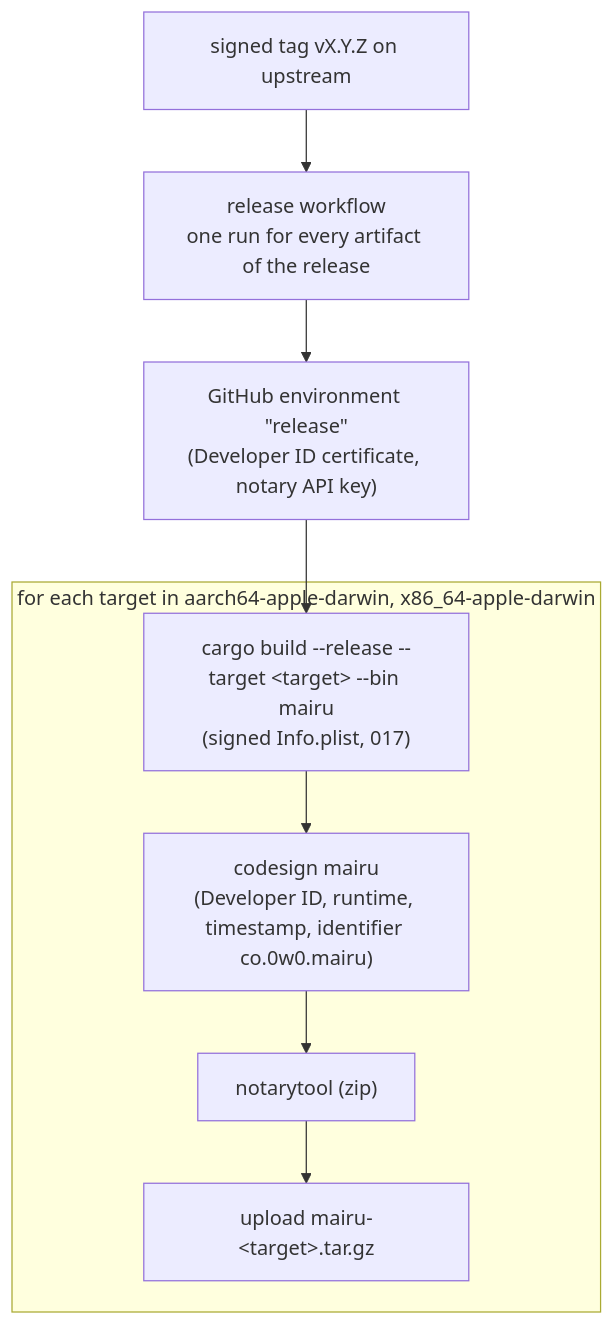
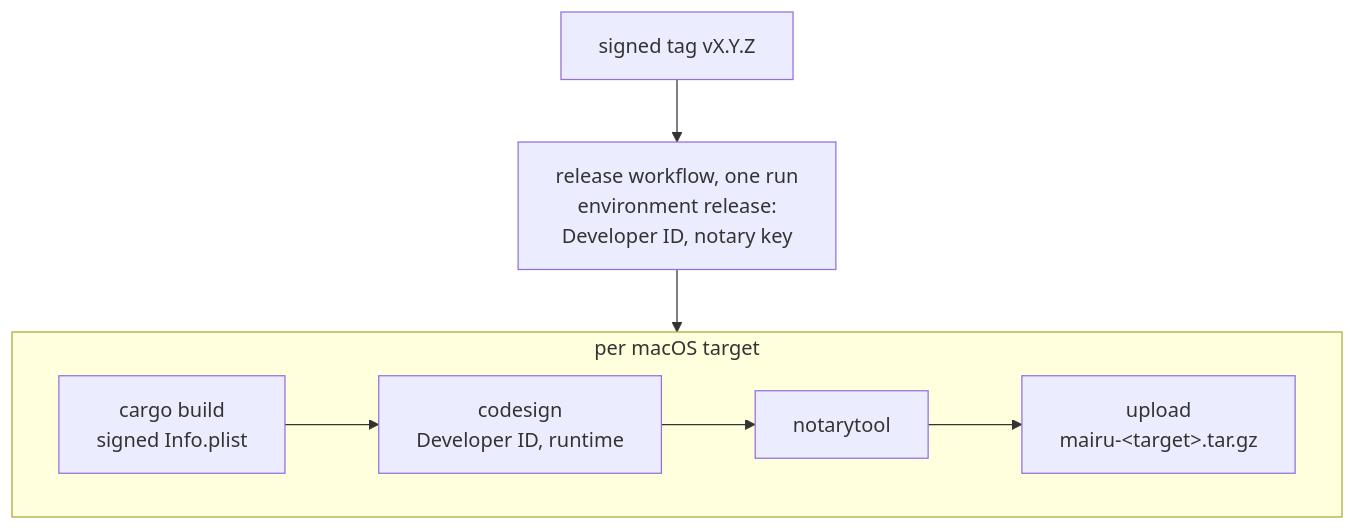
Before and after one commit to sorah/mairu: the first of 2 diagrams in docs/specs/018-macos-install.md, drawn with Mermaid. The commit also changed other lines of this file and 17 other files, not shown here.

First line of the commit message:
docs/specs: rework diagrams and helper locations

````diff
--- a/docs/specs/018-macos-install.md
+++ b/docs/specs/018-macos-install.md
@@ -184,12 +181,11 @@
 ```mermaid
 flowchart TB
-  TAG["signed tag vX.Y.Z on upstream"] --> WF["release workflow<br/>one run for every artifact of the release"]
-  WF --> ENV["GitHub environment #quot;release#quot;<br/>(Developer ID certificate, notary API key)"]
-  ENV --> B
-  subgraph T["for each target in aarch64-apple-darwin, x86_64-apple-darwin"]
-    B["cargo build --release --target #lt;target#gt; --bin mairu<br/>(signed Info.plist, 017)"]
-    B --> CS["codesign mairu<br/>(Developer ID, runtime, timestamp, identifier co.0w0.mairu)"]
-    CS --> NT["notarytool (zip)"]
-    NT --> UP["upload mairu-#lt;target#gt;.tar.gz"]
+  TAG["signed tag vX.Y.Z"] --> WF["release workflow, one run<br/>environment release:<br/>Developer ID, notary key"]
+  WF --> T
+  subgraph T["per macOS target"]
+    direction LR
+    B["cargo build<br/>signed Info.plist"] --> CS["codesign<br/>Developer ID, runtime"]
+    CS --> NT["notarytool"]
+    NT --> UP["upload<br/>mairu-#lt;target#gt;.tar.gz"]
   end
 ```
````
